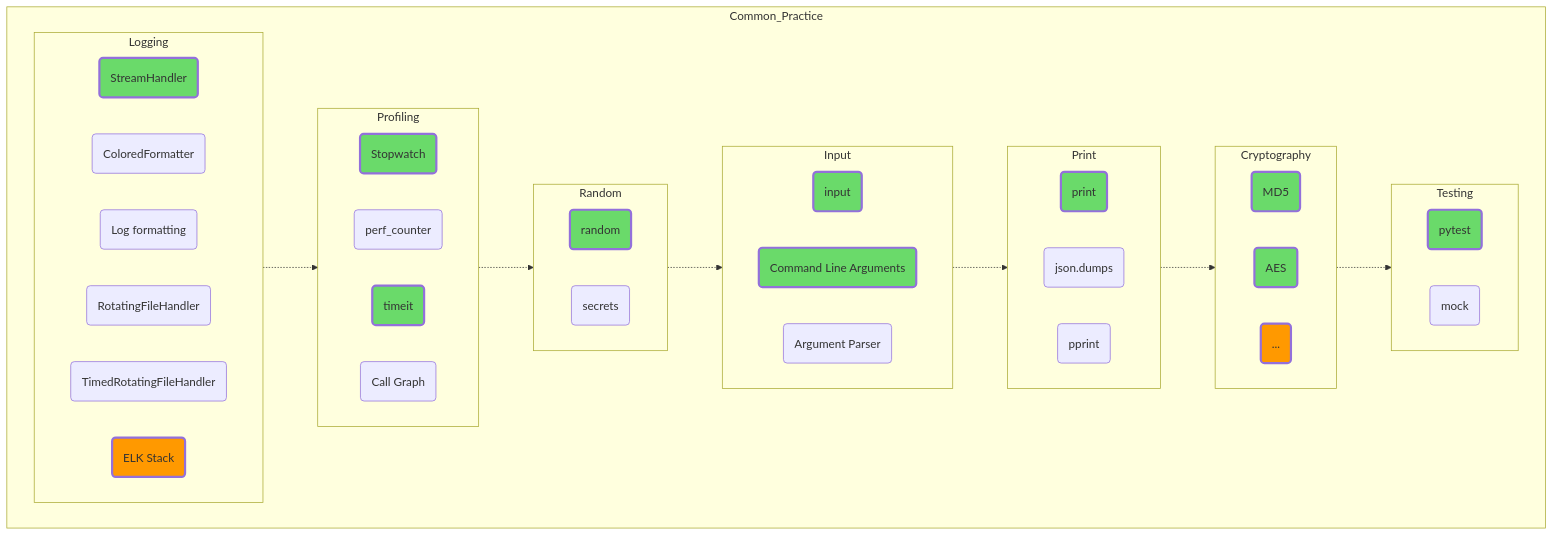
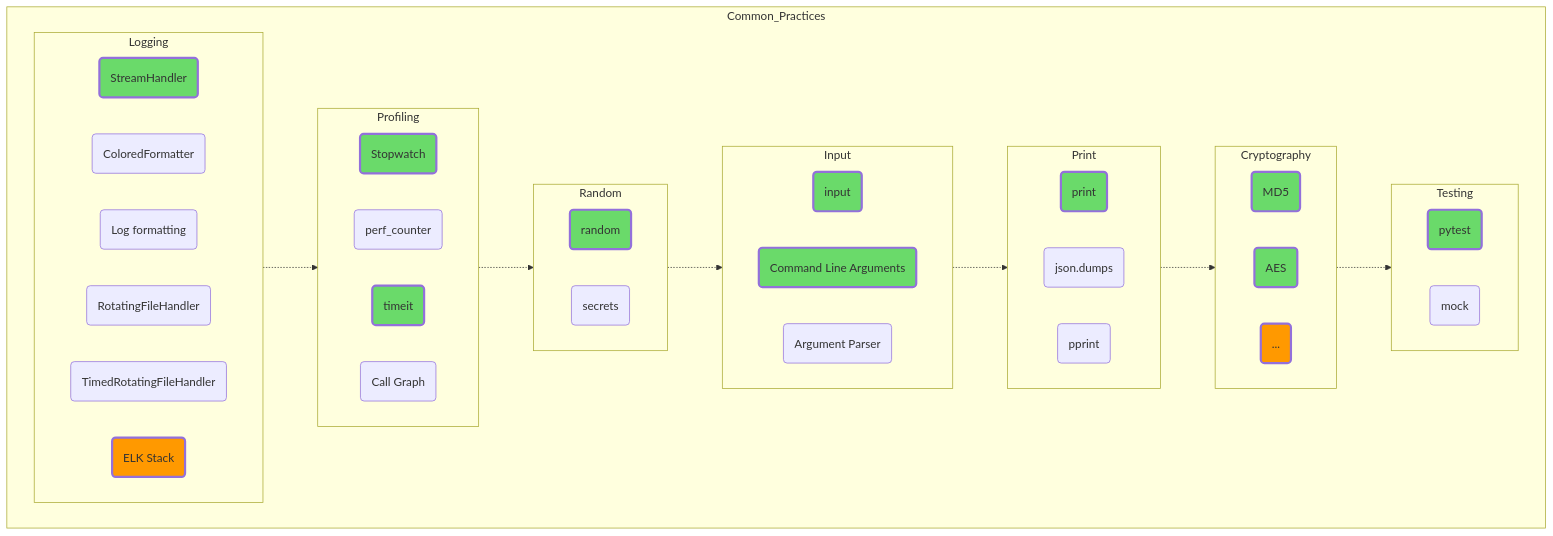
Before and after one commit to amaargiru/pyroad: the seventh of 13 diagrams in ru/readme.md, drawn with Mermaid. The commit also changed other lines of this file and 15 other files, not shown here.

````diff
--- a/ru/readme.md
+++ b/ru/readme.md
@@ -525,78 +525,78 @@
 ```mermaid
 flowchart TD
 
-subgraph Common_Practice
+subgraph Common_Practices
 direction LR
 
 Logging -.-> Profiling -.-> Random -.-> Input -.-> Print -.-> Cryptography -.-> Testing
 
 subgraph Logging
 direction LR
 StreamHandler(StreamHandler)
 ColoredFormatter(ColoredFormatter)
 Log_formatting("Log formatting")
 RotatingFileHandler(RotatingFileHandler)
 TimedRotatingFileHandler(TimedRotatingFileHandler)
 ELK_Stack("ELK Stack")
 end
 
 subgraph Profiling
 direction LR
 Stopwatch(Stopwatch)
 perf_counter(perf_counter)
 timeit(timeit)
 Call_Graph("Call Graph")
 end
 
 subgraph Random
 direction LR
 random_mod(random)
 secrets(secrets)
 end
 
 subgraph Input
 direction LR
 input(input)
 Command_Line_Arguments("Command Line Arguments")
 Argument_Parser("Argument Parser")
 end
 
 subgraph Print
 direction LR
 simple_print(print)
 json_print("json.dumps")
 Pretty_Print(pprint)
 end
 
 subgraph Cryptography
 direction LR
 MD5(MD5)
 AES(AES)
 cryptomore("...")
 end
 
 subgraph Testing
 direction LR
 pytest(pytest)
 mock(mock)
 end
 
 end
 
 classDef trainee fill:#6ADA6A, stroke-width:3px
 classDef middle fill:#FF9900, stroke-width:3px
 
 class StreamHandler trainee;
 class Stopwatch trainee;
 class timeit trainee;
 class random_mod trainee;
 class input trainee;
 class Command_Line_Arguments trainee;
 class simple_print trainee;
 class MD5 trainee;
 class AES trainee;
 class pytest trainee;
 
 class ELK_Stack middle;
 class cryptomore middle;
 ```
````
